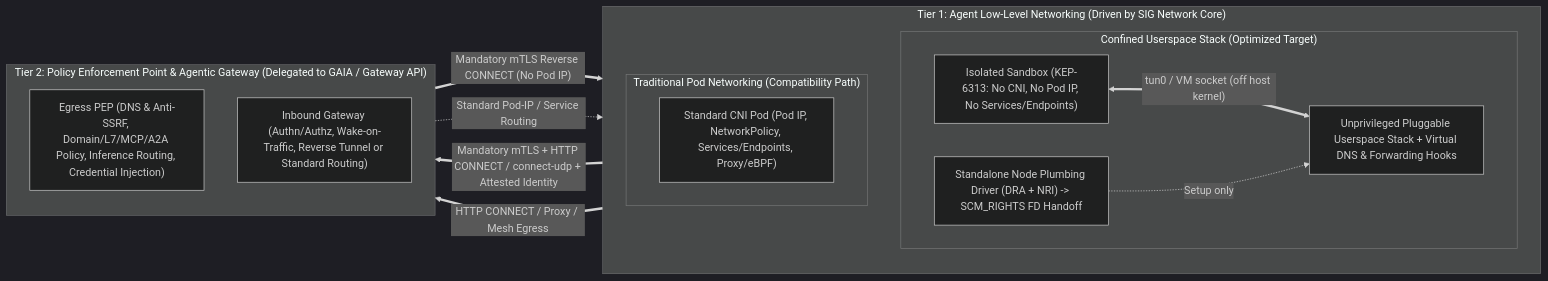
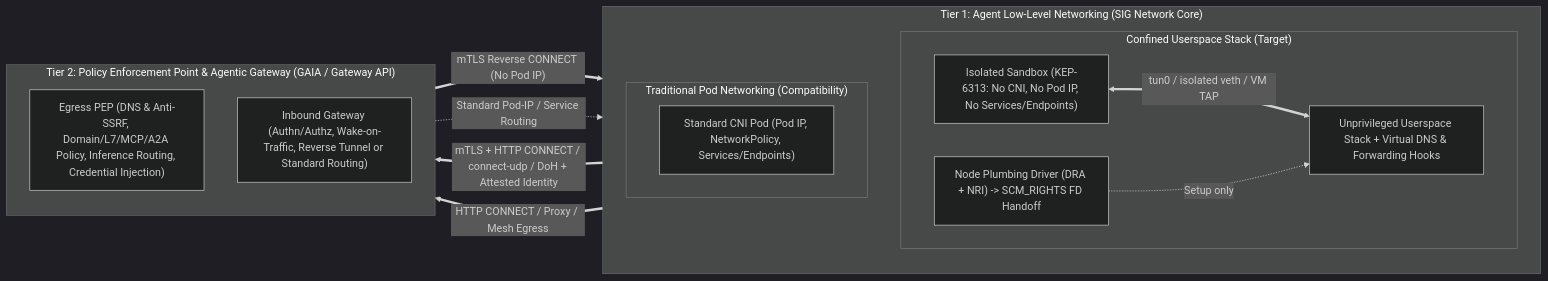
One commit to aojea/agents.net changed the diagram in docs/architecture.md. Above: the diagram before and after it, drawn with Mermaid (dark theme). The commit also changed other lines of this file and 1 other file, not shown here.

First line of the commit message:
Simplify README and architecture docs

````diff
--- a/docs/architecture.md
+++ b/docs/architecture.md
@@ -31,28 +29,28 @@
 ```mermaid
 flowchart LR
-    subgraph T1["Tier 1: Agent Low-Level Networking (Driven by SIG Network Core)"]
+    subgraph T1["Tier 1: Agent Low-Level Networking (SIG Network Core)"]
         direction TB
-        subgraph NewStack["Confined Userspace Stack (Optimized Target)"]
+        subgraph NewStack["Confined Userspace Stack (Target)"]
             IsoPod["Isolated Sandbox (KEP-6313: No CNI, No Pod IP, No Services/Endpoints)"]
-            Plumbing["Standalone Node Plumbing Driver (DRA + NRI) -> SCM_RIGHTS FD Handoff"]
-            UStack["Unprivileged Pluggable Userspace Stack + Virtual DNS & Forwarding Hooks"]
-            IsoPod <== "tun0 / VM socket (off host kernel)" ==> UStack
+            Plumbing["Node Plumbing Driver (DRA + NRI) -> SCM_RIGHTS FD Handoff"]
+            UStack["Unprivileged Userspace Stack + Virtual DNS & Forwarding Hooks"]
+            IsoPod <== "tun0 / isolated veth / VM TAP" ==> UStack
             Plumbing -. "Setup only" .-> UStack
         end
 
-        subgraph TradStack["Traditional Pod Networking (Compatibility Path)"]
-            CNIPod["Standard CNI Pod (Pod IP, NetworkPolicy, Services/Endpoints, Proxy/eBPF)"]
+        subgraph TradStack["Traditional Pod Networking (Compatibility)"]
+            CNIPod["Standard CNI Pod (Pod IP, NetworkPolicy, Services/Endpoints)"]
         end
     end
 
-    subgraph T2["Tier 2: Policy Enforcement Point & Agentic Gateway (Delegated to GAIA / Gateway API)"]
+    subgraph T2["Tier 2: Policy Enforcement Point & Agentic Gateway (GAIA / Gateway API)"]
         direction TB
         PEP["Egress PEP (DNS & Anti-SSRF, Domain/L7/MCP/A2A Policy, Inference Routing, Credential Injection)"]
         IGW["Inbound Gateway (Authn/Authz, Wake-on-Traffic, Reverse Tunnel or Standard Routing)"]
     end
 
-    NewStack == "Mandatory mTLS + HTTP CONNECT / connect-udp + Attested Identity" ==> PEP
+    NewStack == "mTLS + HTTP CONNECT / connect-udp / DoH + Attested Identity" ==> PEP
     TradStack == "HTTP CONNECT / Proxy / Mesh Egress" ==> PEP
-    IGW == "Mandatory mTLS Reverse CONNECT (No Pod IP)" ==> NewStack
+    IGW == "mTLS Reverse CONNECT (No Pod IP)" ==> NewStack
     IGW -. "Standard Pod-IP / Service Routing" .-> TradStack
 ```
````
